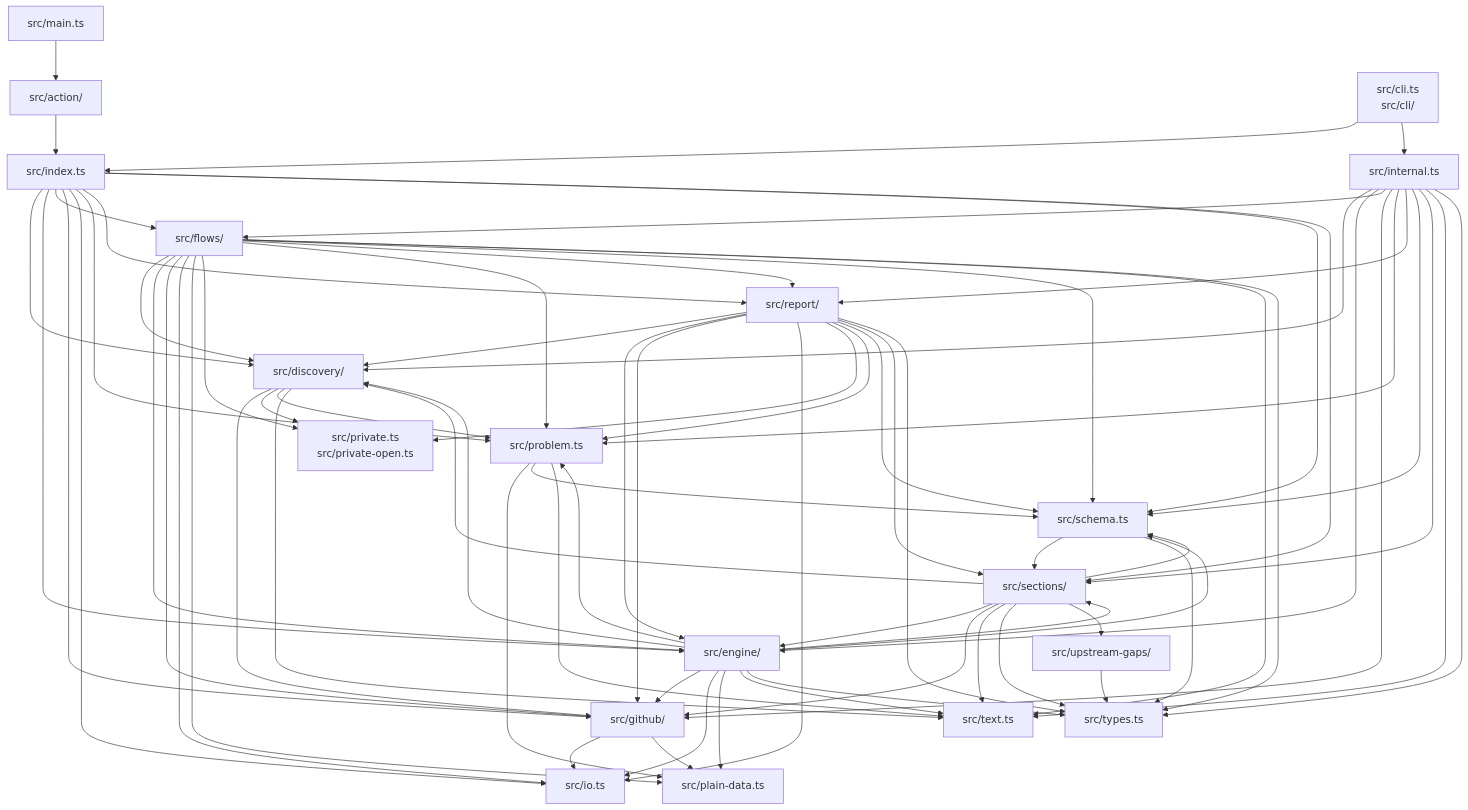
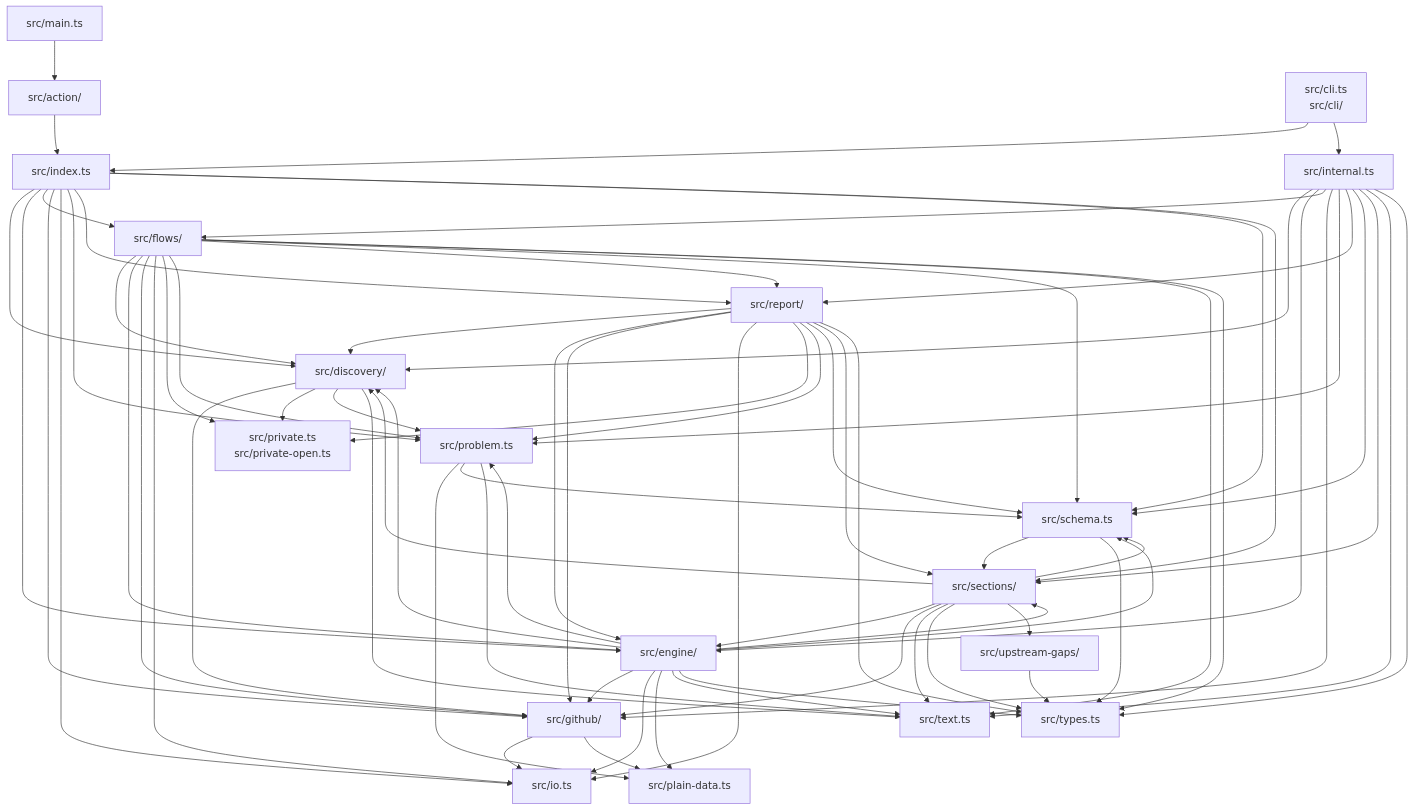
One commit to Vivswan/github-settings-as-code changed the eighth of 8 diagrams in docs/reference/architecture.md. Above: the diagram before and after it, drawn with Mermaid. The commit also changed other lines of this file and 50 other files, not shown here.

```diff
--- a/docs/reference/architecture.md
+++ b/docs/reference/architecture.md
@@ -278,7 +278,6 @@
   flows --> engine
   flows --> github
   flows --> io
-  flows --> plain_data
   flows --> private
   flows --> problem
   flows --> report
```
